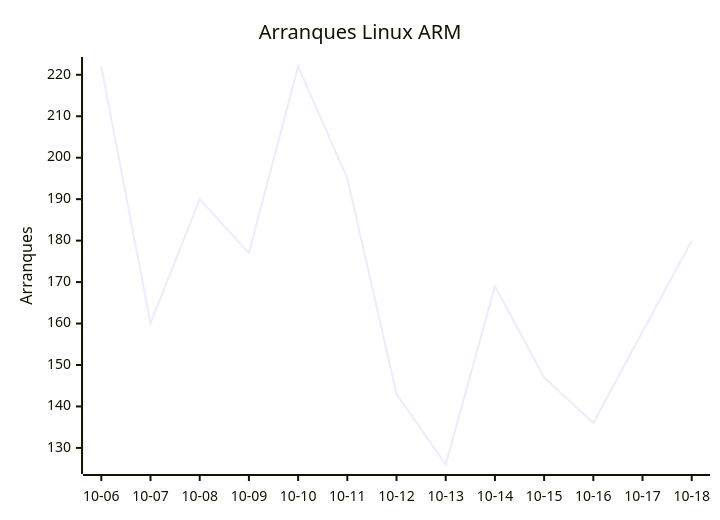
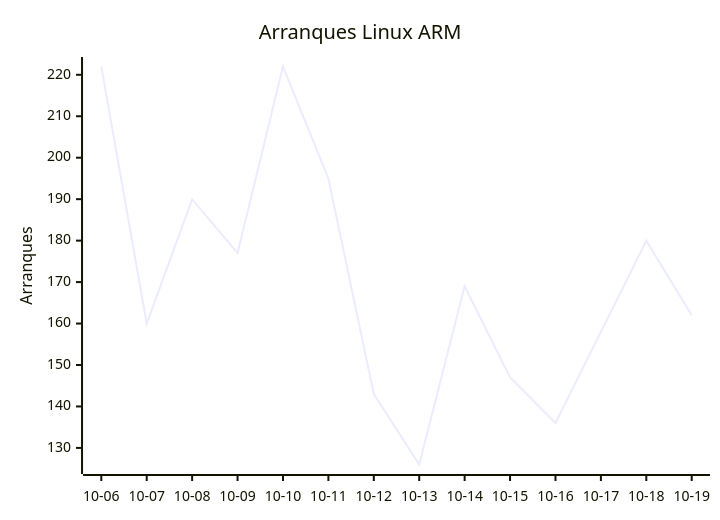
Before and after one commit to EmuDeck/stats: the second of 8 diagrams in README.md, drawn with Mermaid. The commit also changed other lines of this file and 2 other files, not shown here.

````diff
--- a/README.md
+++ b/README.md
@@ -26,7 +26,7 @@
 ```mermaid
 xychart-beta
     title "Arranques Linux ARM"
-    x-axis ["10-06", "10-07", "10-08", "10-09", "10-10", "10-11", "10-12", "10-13", "10-14", "10-15", "10-16", "10-17", "10-18"]
+    x-axis ["10-06", "10-07", "10-08", "10-09", "10-10", "10-11", "10-12", "10-13", "10-14", "10-15", "10-16", "10-17", "10-18", "10-19"]
     y-axis "Arranques"
-    line [222, 160, 190, 177, 222, 195, 143, 126, 169, 147, 136, 158, 180]
+    line [222, 160, 190, 177, 222, 195, 143, 126, 169, 147, 136, 158, 180, 162]
 ```
````
